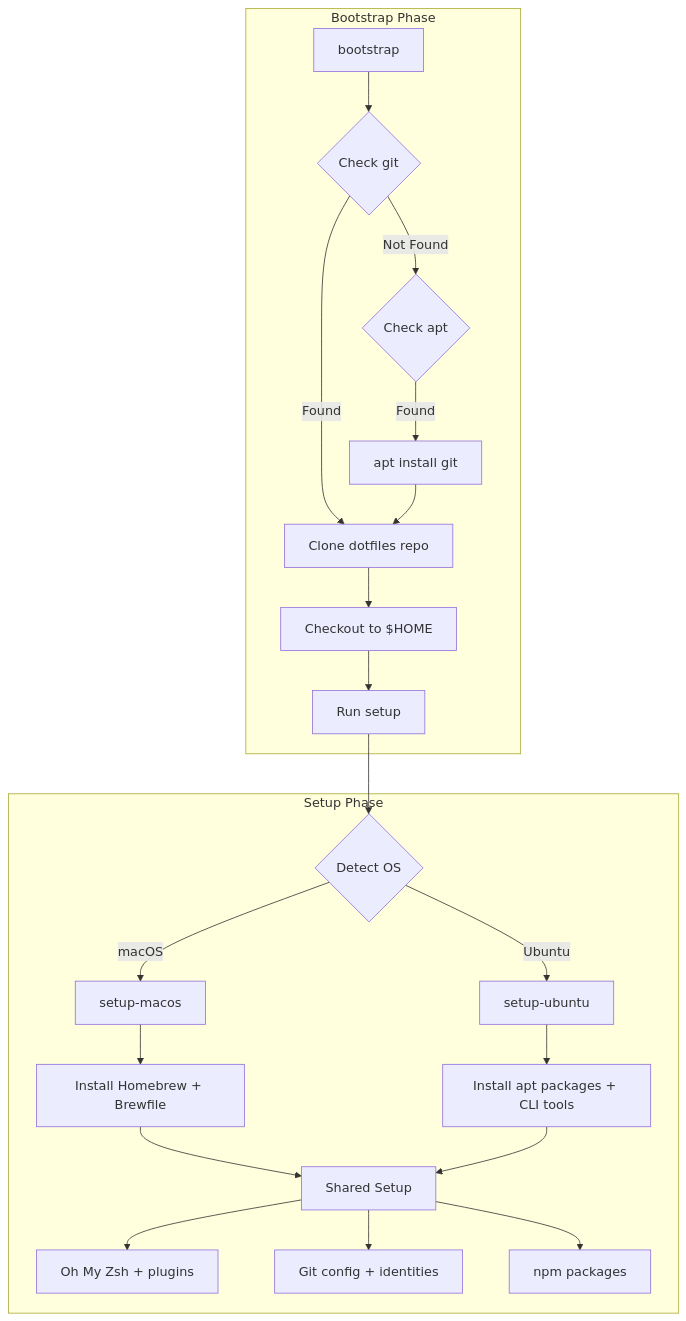
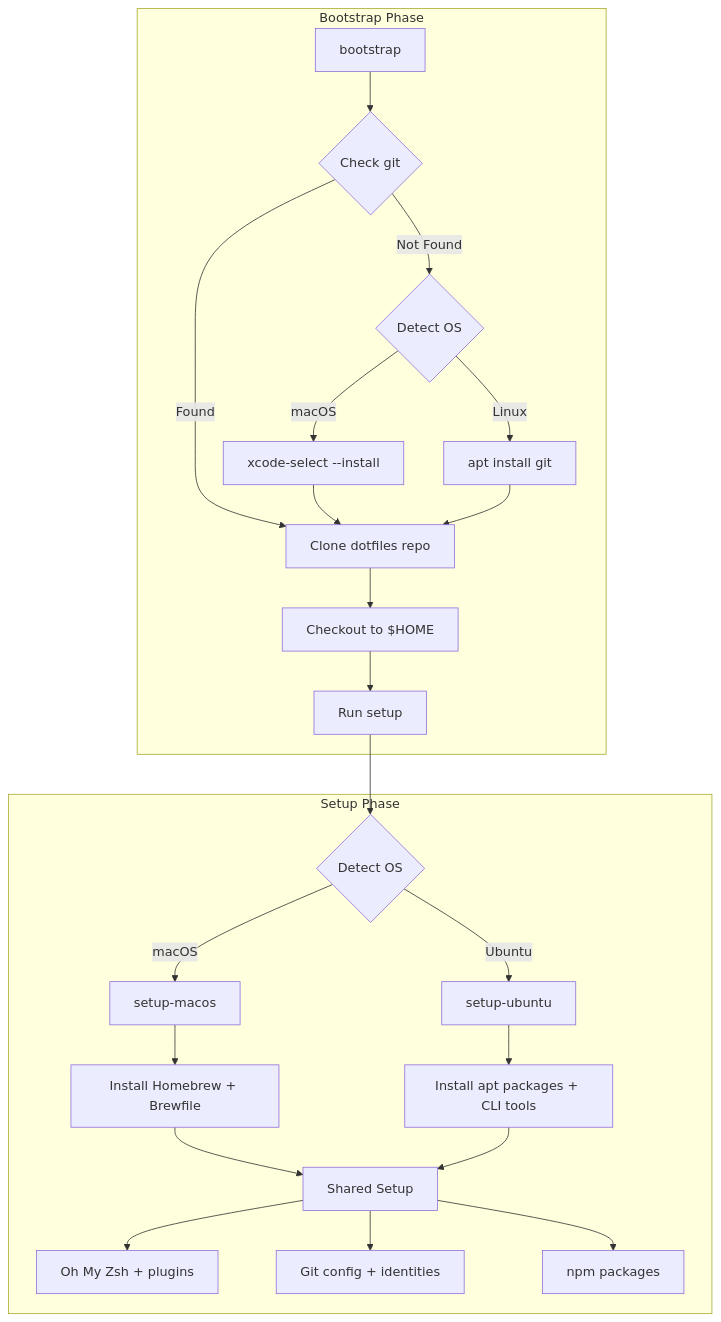
Before and after one commit to hsin19/dotfiles: the diagram in script/README.md, drawn with Mermaid. The commit also changed other lines of this file and 4 other files, not shown here.

First line of the commit message:
feat(script): support macOS git install and improve setup scripts

````diff
--- a/script/README.md
+++ b/script/README.md
@@ -9,25 +9,27 @@
 ```mermaid
 graph TB
     subgraph "Bootstrap Phase"
         A[bootstrap] --> B{Check git}
         B -->|Found| D
-        B -->|Not Found| C{Check apt}
-        C -->|Found| E[apt install git]
-        E --> D[Clone dotfiles repo]
+        B -->|Not Found| C{Detect OS}
+        C -->|macOS| E1[xcode-select --install]
+        C -->|Linux| E2[apt install git]
+        E1 --> D[Clone dotfiles repo]
+        E2 --> D
         D --> F[Checkout to $HOME]
         F --> G[Run setup]
     end
     
     subgraph "Setup Phase"
         G --> H{Detect OS}
         H -->|macOS| I[setup-macos]
         H -->|Ubuntu| J[setup-ubuntu]
         I --> K[Install Homebrew + Brewfile]
         J --> L[Install apt packages + CLI tools]
         K --> M[Shared Setup]
         L --> M
         M --> N[Oh My Zsh + plugins]
         M --> O[Git config + identities]
         M --> P[npm packages]
     end
 ```
````
